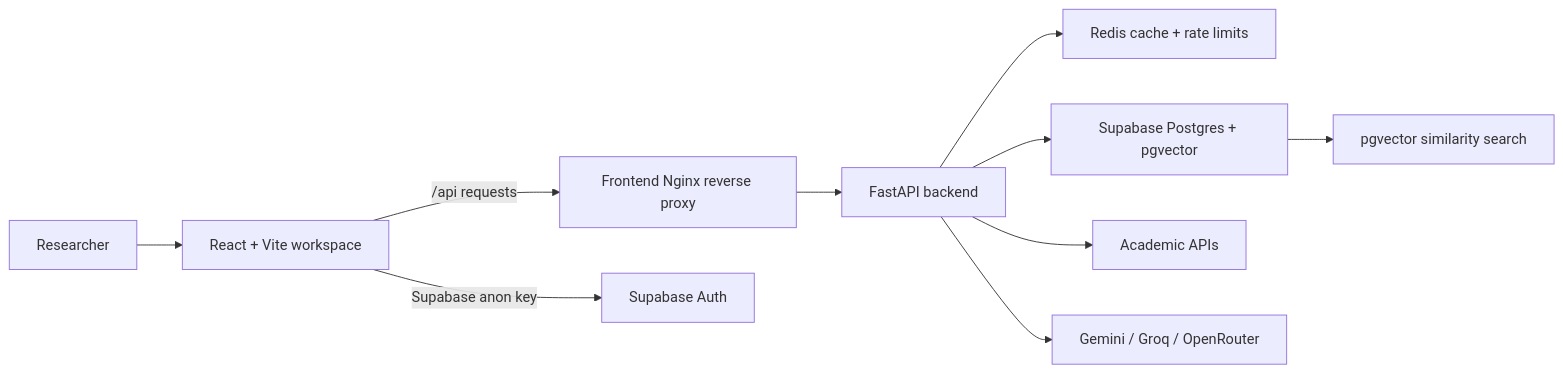
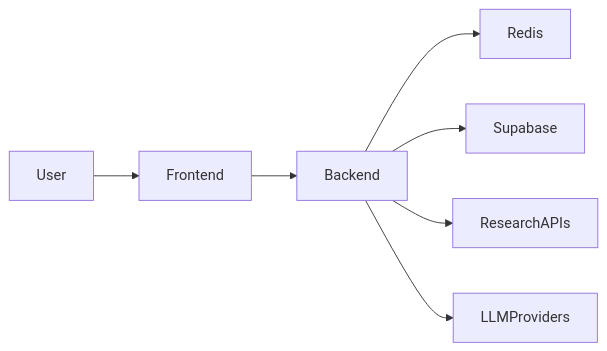
The diagram in README.md (Aizen-Kira/Multilingual-Research-Discovery-System-using-Hybrid-Search-and-Knowledge-Graph), drawn with Mermaid before and after one commit. The commit also changed other lines of this file, not shown here.

````diff
--- a/README.md
+++ b/README.md
@@ -23,12 +27,9 @@
 ```mermaid
 flowchart LR
-  User["Researcher"] --> Frontend["React + Vite workspace"]
-  Frontend -->|/api requests| Nginx["Frontend Nginx reverse proxy"]
-  Nginx --> Backend["FastAPI backend"]
-  Frontend -->|Supabase anon key| SupabaseAuth["Supabase Auth"]
-  Backend --> Redis["Redis cache + rate limits"]
-  Backend --> Supabase["Supabase Postgres + pgvector"]
-  Backend --> Sources["Academic APIs"]
-  Backend --> LLMs["Gemini / Groq / OpenRouter"]
-  Supabase --> VectorSearch["pgvector similarity search"]
+    User --> Frontend
+    Frontend --> Backend
+    Backend --> Redis
+    Backend --> Supabase
+    Backend --> ResearchAPIs
+    Backend --> LLMProviders
 ```
````
